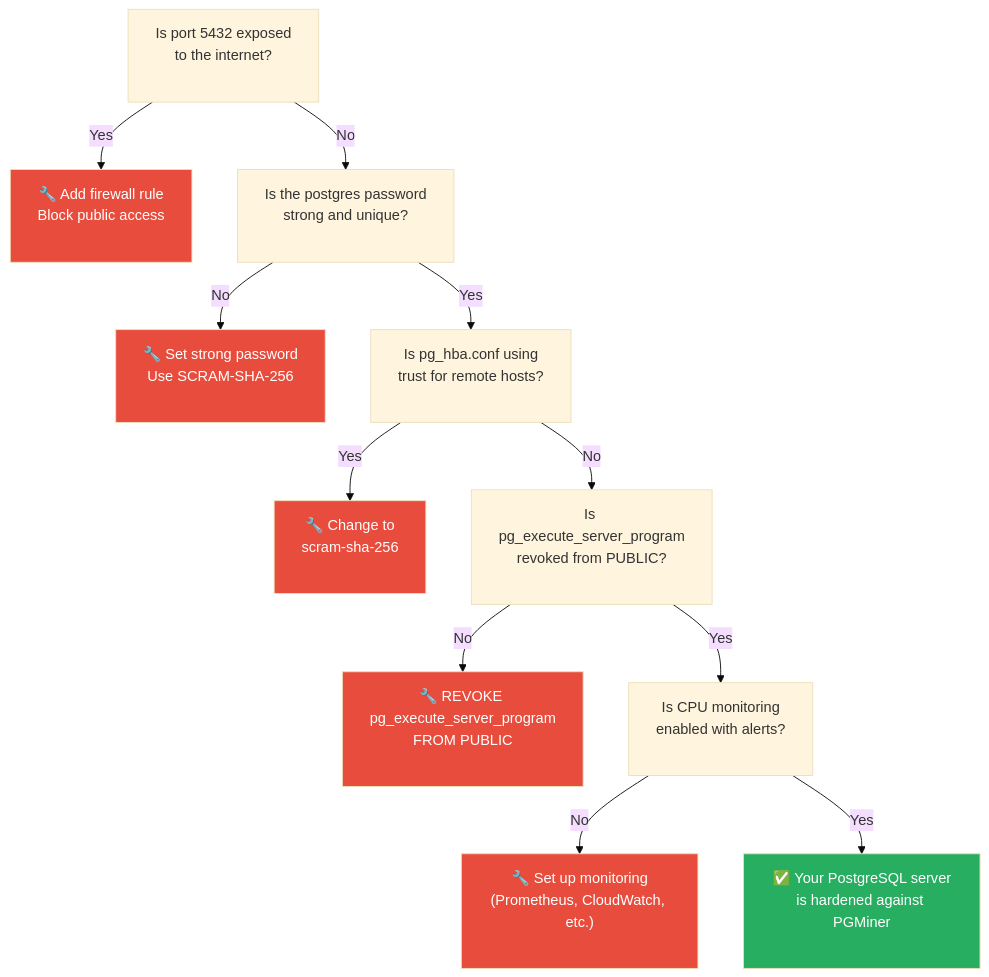
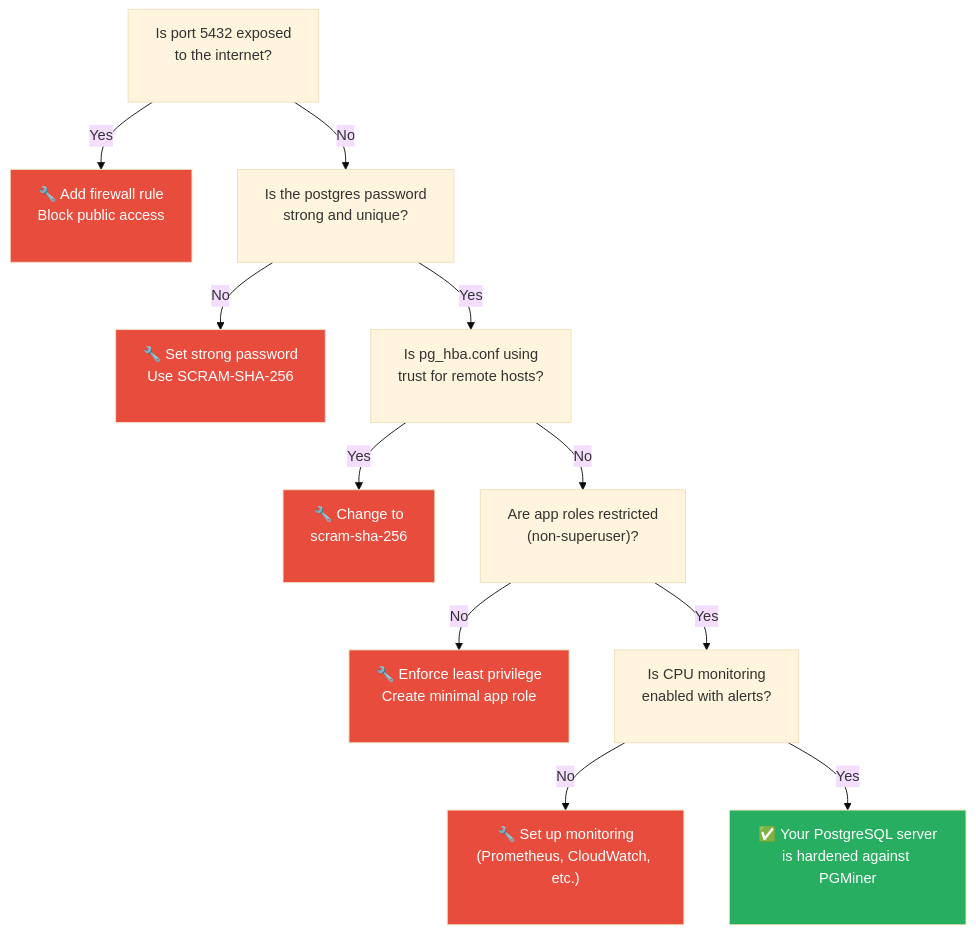
Diagram 15 of 15 in src/content/blog/2026-09-01-pg-miner-attack.md (nvkhuy/nvkhuy.github.io), drawn with Mermaid (base theme) before and after one commit. The commit also changed other lines of this file, not shown here.

````diff
--- a/src/content/blog/2026-09-01-pg-miner-attack.md
+++ b/src/content/blog/2026-09-01-pg-miner-attack.md
@@ -1243,31 +1262,31 @@
 ```mermaid
 flowchart TD
     A["Is port 5432 exposed<br/>to the internet?<br/>&nbsp;"]
     A -->|Yes| FIX1["🔧 Add firewall rule<br/>Block public access<br/>&nbsp;"]
     A -->|No| B
 
     B["Is the postgres password<br/>strong and unique?<br/>&nbsp;"]
     B -->|No| FIX2["🔧 Set strong password<br/>Use SCRAM-SHA-256<br/>&nbsp;"]
     B -->|Yes| C
 
     C["Is pg_hba.conf using<br/>trust for remote hosts?<br/>&nbsp;"]
     C -->|Yes| FIX3["🔧 Change to<br/>scram-sha-256<br/>&nbsp;"]
     C -->|No| D
 
-    D["Is pg_execute_server_program<br/>revoked from PUBLIC?<br/>&nbsp;"]
-    D -->|No| FIX4["🔧 REVOKE pg_execute_server_program<br/>FROM PUBLIC<br/>&nbsp;"]
+    D["Are app roles restricted<br/>(non-superuser)?<br/>&nbsp;"]
+    D -->|No| FIX4["🔧 Enforce least privilege<br/>Create minimal app role<br/>&nbsp;"]
     D -->|Yes| E
 
     E["Is CPU monitoring<br/>enabled with alerts?<br/>&nbsp;"]
     E -->|No| FIX5["🔧 Set up monitoring<br/>(Prometheus, CloudWatch, etc.)<br/>&nbsp;"]
     E -->|Yes| SAFE
 
     SAFE["✅ Your PostgreSQL server<br/>is hardened against PGMiner<br/>&nbsp;"]
 
     style SAFE fill:#27ae60,color:#fff
     style FIX1 fill:#e74c3c,color:#fff
     style FIX2 fill:#e74c3c,color:#fff
     style FIX3 fill:#e74c3c,color:#fff
     style FIX4 fill:#e74c3c,color:#fff
     style FIX5 fill:#e74c3c,color:#fff
 ```
````
